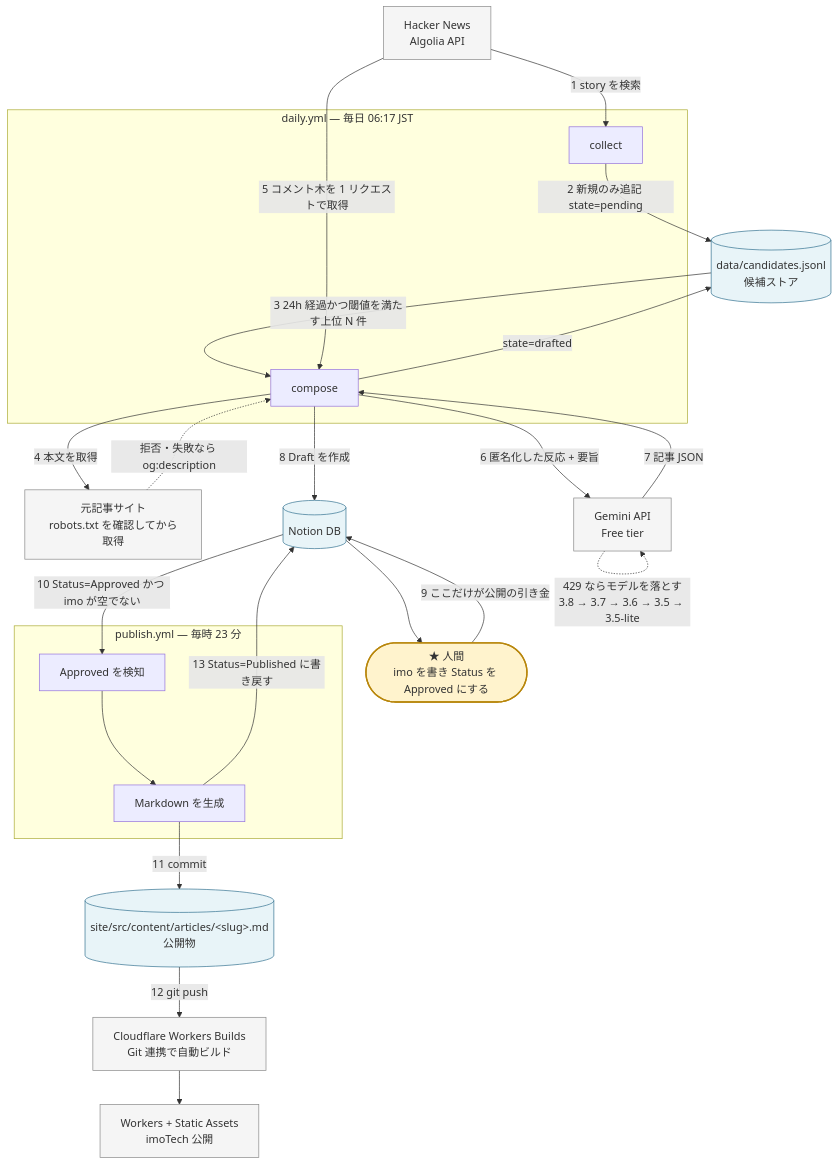
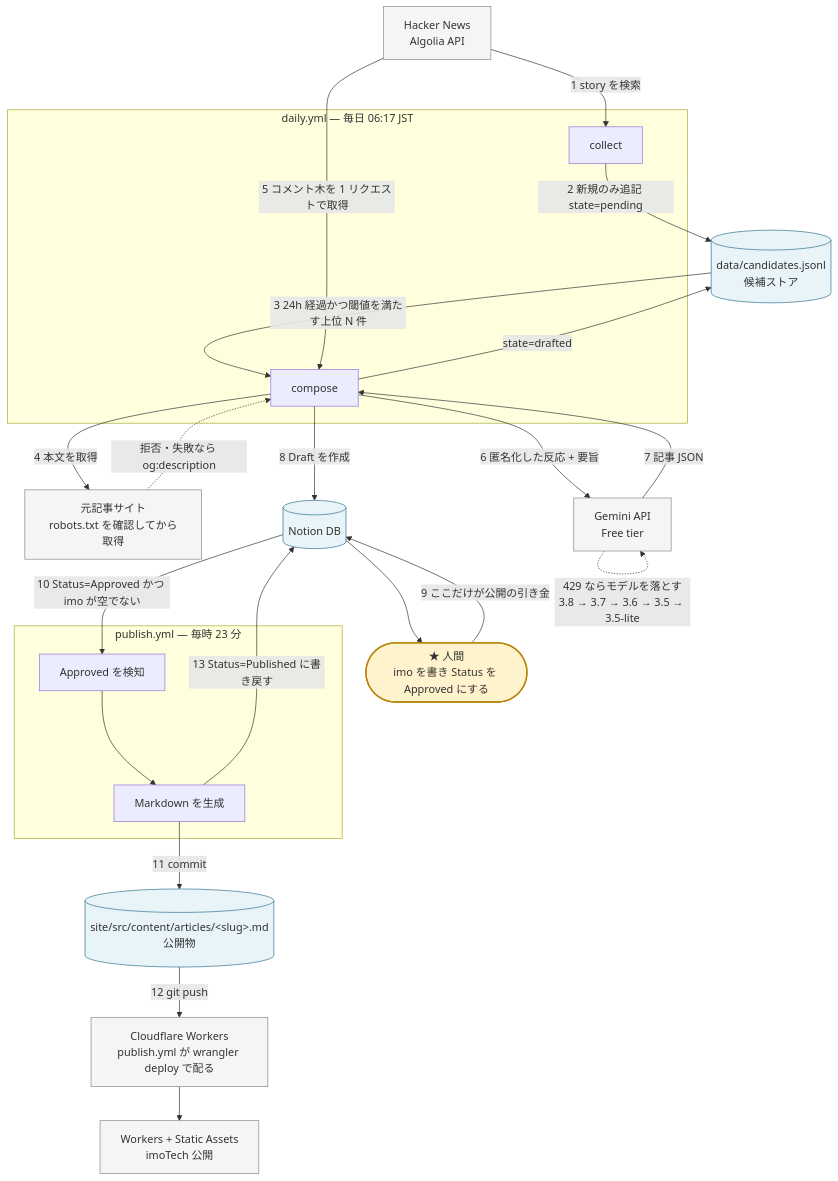
Before and after one commit to takiguchi-yu/imoTech: the diagram in docs/DESIGN.md, drawn with Mermaid. The commit also changed other lines of this file and 3 other files, not shown here.

First line of the commit message:
feat: デプロイを Actions からの wrangler deploy に変える

````diff
--- a/docs/DESIGN.md
+++ b/docs/DESIGN.md
@@ -14,51 +14,51 @@
 ```mermaid
 flowchart TB
     HN["Hacker News<br/>Algolia API"]
     SRC["元記事サイト<br/>robots.txt を確認してから取得"]
     GEM["Gemini API<br/>Free tier"]
     NOTION[("Notion DB")]
     STORE[("data/candidates.jsonl<br/>候補ストア")]
     HUMAN(["★ 人間<br/>imo を書き Status を Approved にする"])
     MD[("site/src/content/articles/&lt;slug&gt;.md<br/>公開物")]
-    CFB["Cloudflare Workers Builds<br/>Git 連携で自動ビルド"]
+    CFB["Cloudflare Workers<br/>publish.yml が wrangler deploy で配る"]
     SITE["Workers + Static Assets<br/>imoTech 公開"]
 
     subgraph DAILY["daily.yml — 毎日 06:17 JST"]
         COLLECT["collect"]
         COMPOSE["compose"]
     end
 
     subgraph PUB["publish.yml — 毎時 23 分"]
         DETECT["Approved を検知"]
         RENDER["Markdown を生成"]
     end
 
     HN -->|"1 story を検索"| COLLECT
     COLLECT -->|"2 新規のみ追記 state=pending"| STORE
     STORE -->|"3 24h 経過かつ閾値を満たす上位 N 件"| COMPOSE
     COMPOSE -->|"4 本文を取得"| SRC
     SRC -.->|"拒否・失敗なら og:description"| COMPOSE
     HN -->|"5 コメント木を 1 リクエストで取得"| COMPOSE
     COMPOSE -->|"6 匿名化した反応 + 要旨"| GEM
     GEM -.->|"429 ならモデルを落とす<br/>3.8 → 3.7 → 3.6 → 3.5 → 3.5-lite"| GEM
     GEM -->|"7 記事 JSON"| COMPOSE
     COMPOSE -->|"8 Draft を作成"| NOTION
     COMPOSE -->|"state=drafted"| STORE
 
     NOTION --> HUMAN
     HUMAN -->|"9 ここだけが公開の引き金"| NOTION
 
     NOTION -->|"10 Status=Approved かつ imo が空でない"| DETECT
     DETECT --> RENDER
     RENDER -->|"11 commit"| MD
     RENDER -->|"13 Status=Published に書き戻す"| NOTION
     MD -->|"12 git push"| CFB
     CFB --> SITE
 
     classDef human fill:#fff3cd,stroke:#b8860b,stroke-width:2px,color:#333
     classDef store fill:#e8f4f8,stroke:#31708f,color:#333
     classDef ext fill:#f5f5f5,stroke:#888,color:#333
     class HUMAN human
     class STORE,NOTION,MD store
     class HN,SRC,GEM,CFB,SITE ext
 ```
````
